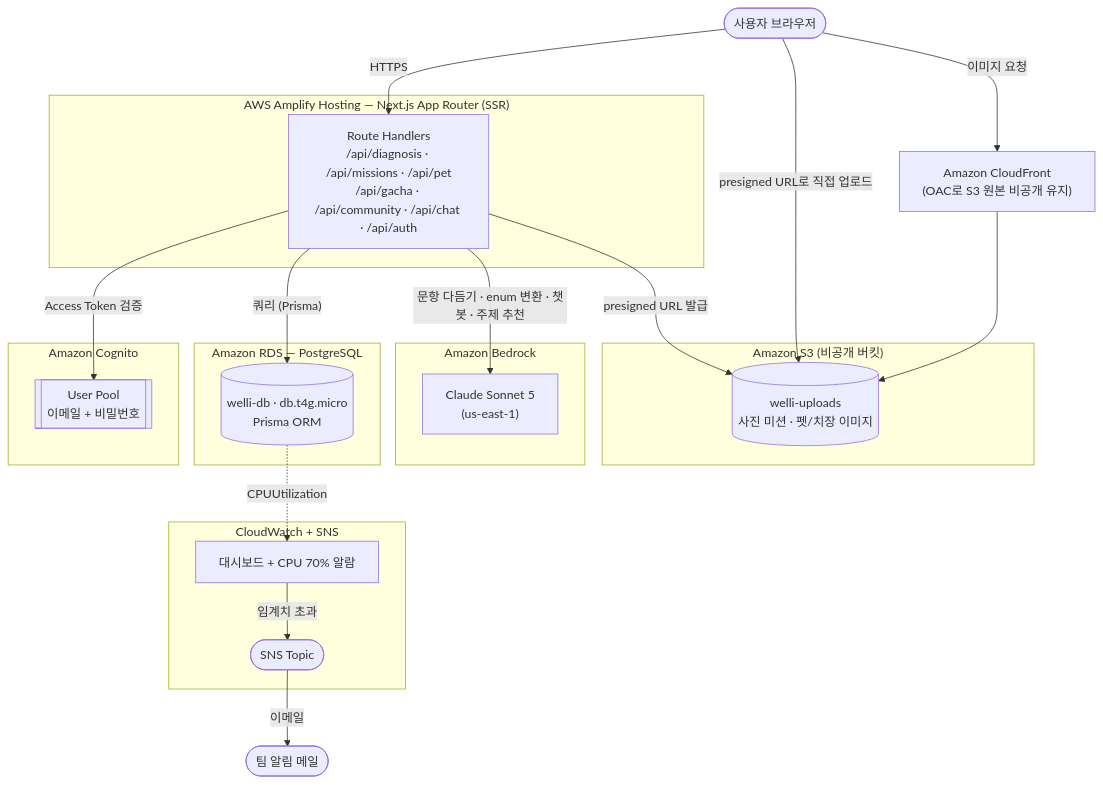
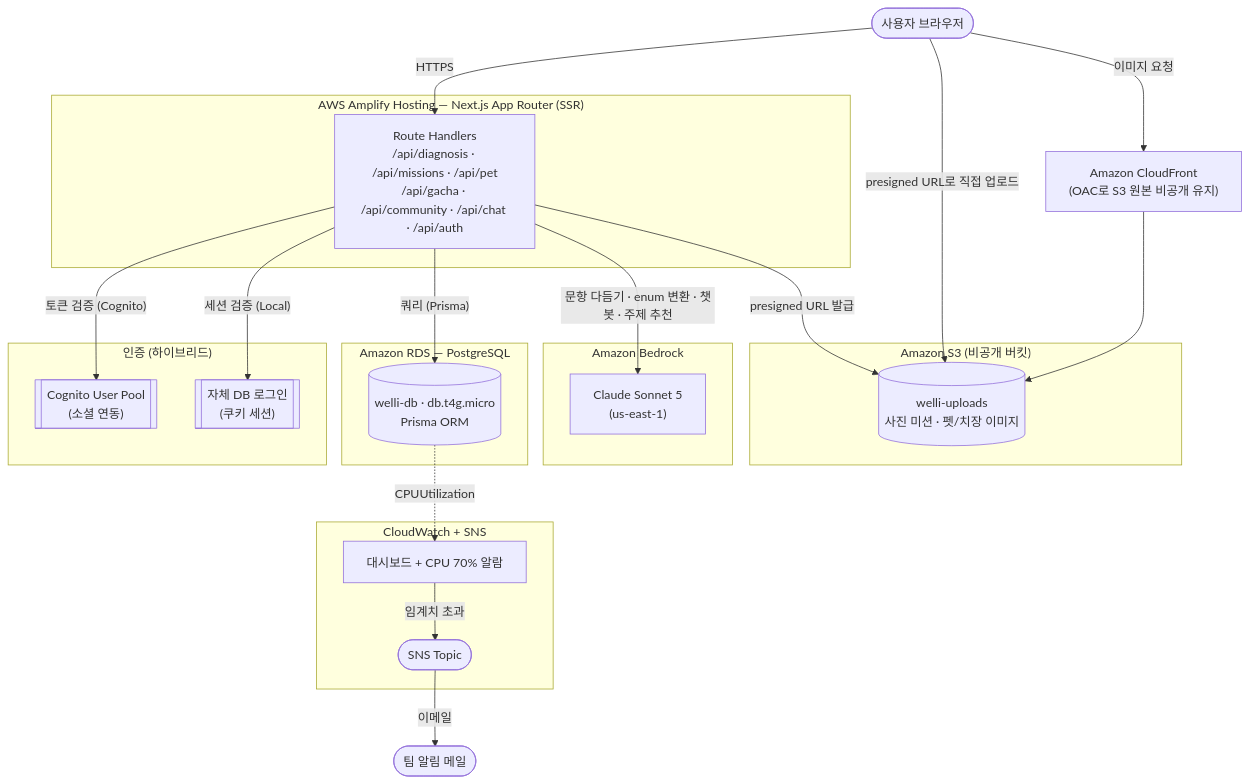
The first of 2 diagrams in docs/architecture.md (uchan04/AWS_project), drawn with Mermaid before and after one commit. The commit also changed other lines of this file, not shown here.

Commit message:
docs: 최신 아키텍처 스펙 반영 (하이브리드 인증, 커넥션 제한, 애니메이션 영상)

````diff
--- a/docs/architecture.md
+++ b/docs/architecture.md
@@ -10,43 +10,45 @@
 ```mermaid
 flowchart TB
     User(["사용자 브라우저"])
 
     subgraph Compute["AWS Amplify Hosting — Next.js App Router (SSR)"]
         SSR["Route Handlers\n/api/diagnosis · /api/missions · /api/pet\n/api/gacha · /api/community · /api/chat · /api/auth"]
     end
 
-    subgraph Auth["Amazon Cognito"]
-        Pool[["User Pool\n이메일 + 비밀번호"]]
+    subgraph Auth["인증 (하이브리드)"]
+        Pool[["Cognito User Pool\n(소셜 연동)"]]
+        LocalAuth[["자체 DB 로그인\n(쿠키 세션)"]]
     end
 
     subgraph DB["Amazon RDS — PostgreSQL"]
         Postgres[("welli-db · db.t4g.micro\nPrisma ORM")]
     end
 
     subgraph LLM["Amazon Bedrock"]
         Sonnet["Claude Sonnet 5\n(us-east-1)"]
     end
 
     subgraph Storage["Amazon S3 (비공개 버킷)"]
         Bucket[("welli-uploads\n사진 미션 · 펫/치장 이미지")]
     end
 
     CDN["Amazon CloudFront\n(OAC로 S3 원본 비공개 유지)"]
 
     subgraph Monitor["CloudWatch + SNS"]
         CW["대시보드 + CPU 70% 알람"]
         Topic(["SNS Topic"])
     end
 
     User -- "HTTPS" --> SSR
-    SSR -- "Access Token 검증" --> Pool
+    SSR -- "토큰 검증 (Cognito)" --> Pool
+    SSR -- "세션 검증 (Local)" --> LocalAuth
     SSR -- "쿼리 (Prisma)" --> Postgres
     SSR -- "문항 다듬기 · enum 변환 · 챗봇 · 주제 추천" --> Sonnet
     SSR -- "presigned URL 발급" --> Bucket
     User -- "presigned URL로 직접 업로드" --> Bucket
     User -- "이미지 요청" --> CDN
     CDN --> Bucket
     Postgres -. "CPUUtilization" .-> CW
     CW -- "임계치 초과" --> Topic
     Topic -- "이메일" --> Owner(["팀 알림 메일"])
 ```
````
